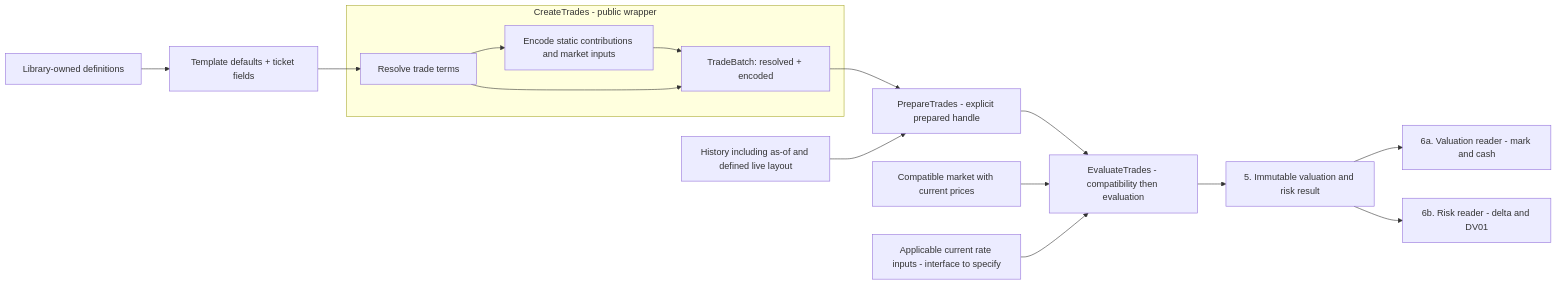
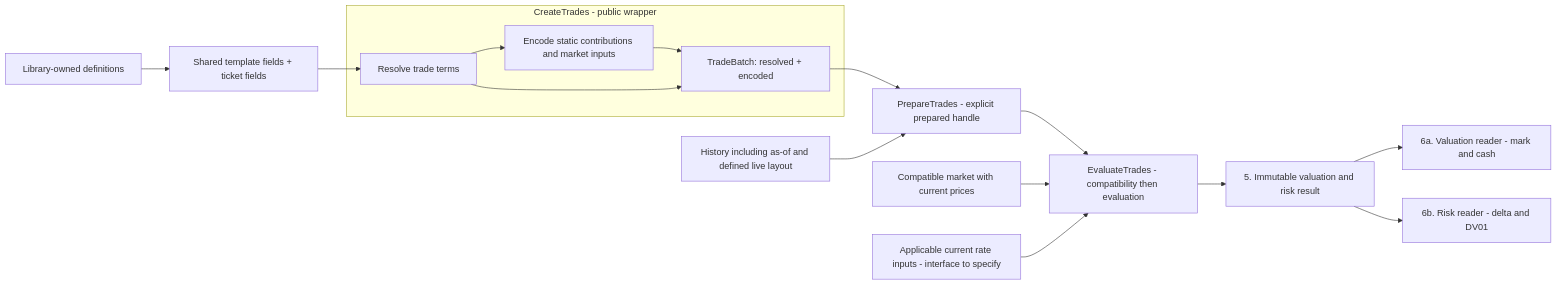
Before and after one commit to gobbles404/catalyst: the diagram in docs/engineering-tickets/trade-valuation-pipeline/README.md, drawn with Mermaid. The commit also changed other lines of this file and 27 other files, not shown here.

````diff
--- a/docs/engineering-tickets/trade-valuation-pipeline/README.md
+++ b/docs/engineering-tickets/trade-valuation-pipeline/README.md
@@ -33,18 +49,18 @@
 ```mermaid
 flowchart LR
-    I[Library-owned definitions] --> A[Template defaults + ticket fields]
+    I[Library-owned definitions] --> A[Shared template fields + ticket fields]
     A --> B
     subgraph CT[CreateTrades - public wrapper]
         B[Resolve trade terms] --> C[Encode static contributions and market inputs]
         C --> T[TradeBatch: resolved + encoded]
         B --> T
     end
     T --> D[PrepareTrades - explicit prepared handle]
     H[History including as-of and defined live layout] --> D
     D --> E[EvaluateTrades - compatibility then evaluation]
     P[Compatible market with current prices] --> E
     Q[Applicable current rate inputs - interface to specify] --> E
     E --> R[5. Immutable valuation and risk result]
     R --> V[6a. Valuation reader - mark and cash]
     R --> K[6b. Risk reader - delta and DV01]
 ```
````
